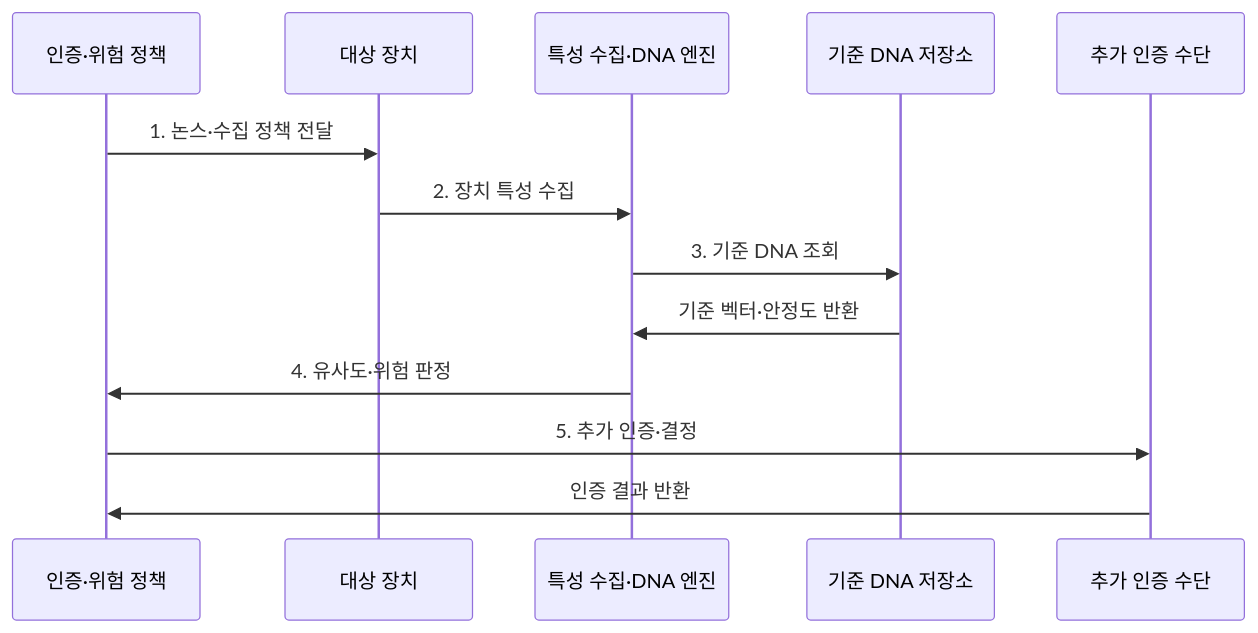
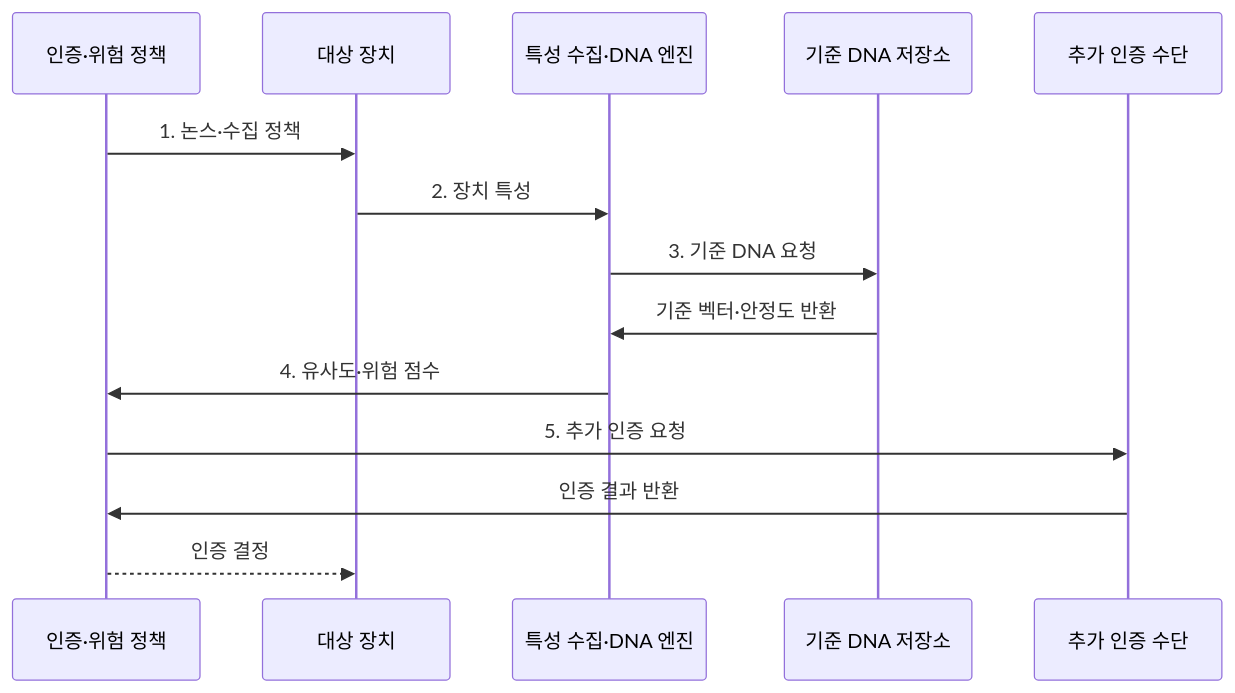
One commit to agnusdei1207/knowledge-base changed the second of 2 diagrams in src/content/docs/notes/02-hardware/071_device_dna.md. Above: the diagram before and after it, drawn with Mermaid. The commit also changed other lines of this file and 20 other files, not shown here.

````diff
--- a/src/content/docs/notes/02-hardware/071_device_dna.md
+++ b/src/content/docs/notes/02-hardware/071_device_dna.md
@@ -83,16 +89,17 @@
 ```mermaid
 sequenceDiagram
     participant A as 인증·위험 정책
     participant D as 대상 장치
     participant G as 특성 수집·DNA 엔진
     participant R as 기준 DNA 저장소
     participant M as 추가 인증 수단
 
-    A->>D: 1. 논스·수집 정책 전달
-    D->>G: 2. 장치 특성 수집
-    G->>R: 3. 기준 DNA 조회
+    A->>D: 1. 논스·수집 정책
+    D->>G: 2. 장치 특성
+    G->>R: 3. 기준 DNA 요청
     R->>G: 기준 벡터·안정도 반환
-    G->>A: 4. 유사도·위험 판정
-    A->>M: 5. 추가 인증·결정
+    G->>A: 4. 유사도·위험 점수
+    A->>M: 5. 추가 인증 요청
     M->>A: 인증 결과 반환
+    A-->>D: 인증 결정
 ```
````
